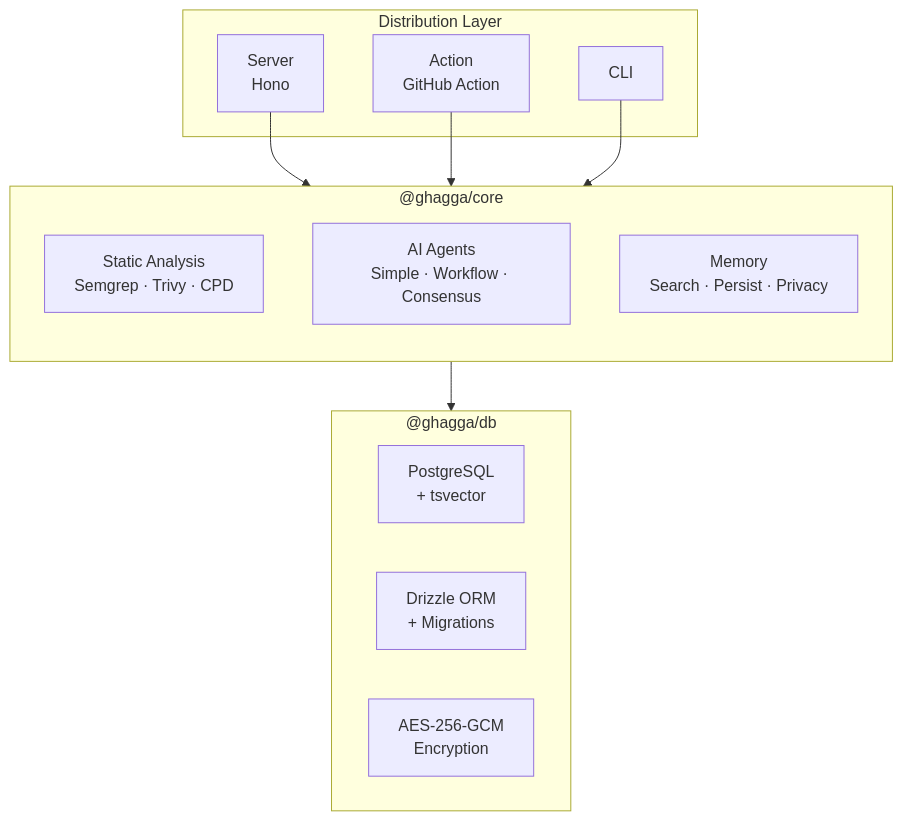
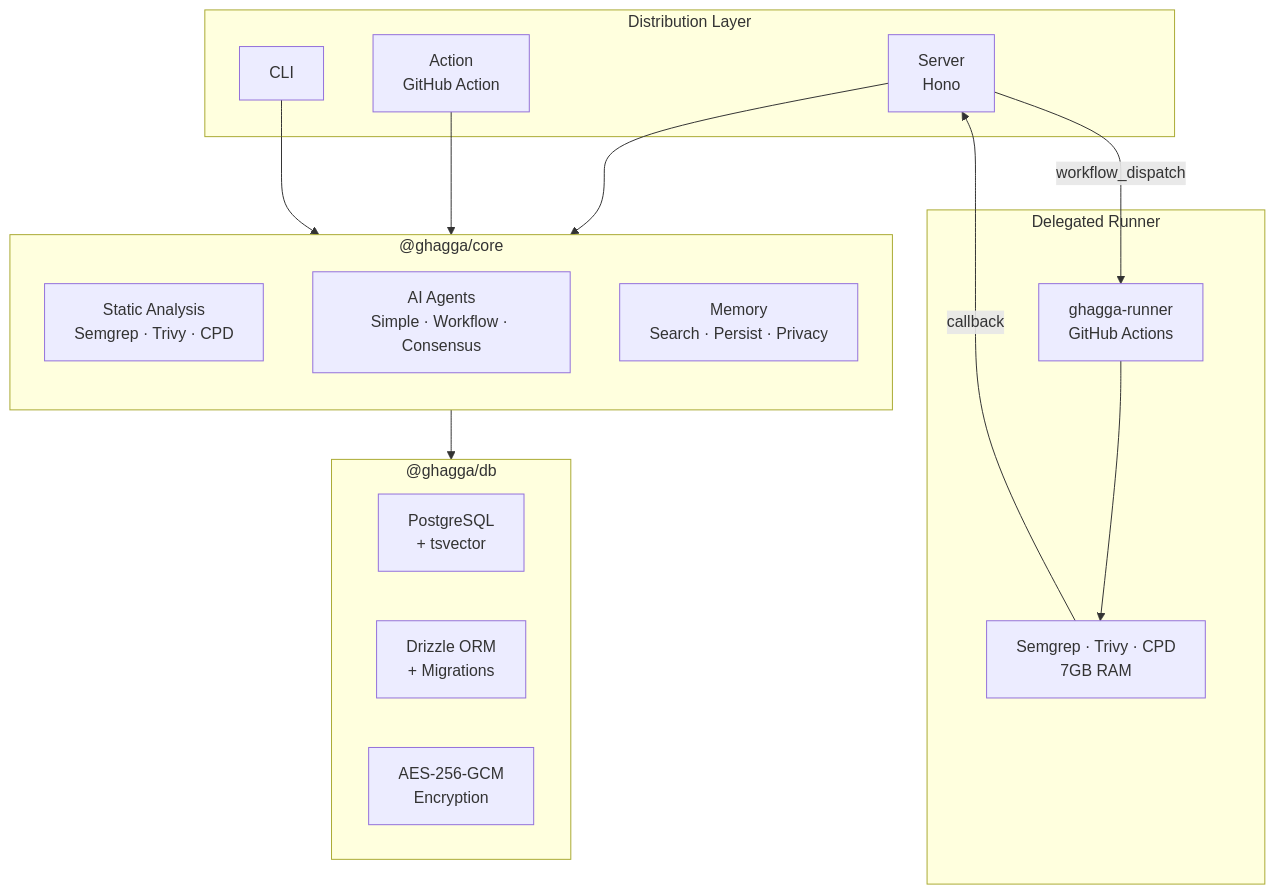
One commit to actions-marketplace-validations/JNZader_ghagga changed the first of 2 diagrams in docs/architecture.md. Above: the diagram before and after it, drawn with Mermaid. The commit also changed other lines of this file and 15 other files, not shown here.

First line of the commit message:
docs: update all documentation for runner architecture and fix stale stats

````diff
--- a/docs/architecture.md
+++ b/docs/architecture.md
@@ -7,26 +7,35 @@
 ```mermaid
 graph TB
   subgraph Distribution["Distribution Layer"]
     Server["Server<br/>Hono"]
     Action["Action<br/>GitHub Action"]
     CLI["CLI"]
+  end
+
+  subgraph Runner["Delegated Runner"]
+    RunnerRepo["ghagga-runner<br/>GitHub Actions"]
+    RunnerTools["Semgrep · Trivy · CPD<br/>7GB RAM"]
   end
 
   subgraph Core["@ghagga/core"]
     direction TB
     SA["Static Analysis<br/>Semgrep · Trivy · CPD"]
     Agents["AI Agents<br/>Simple · Workflow · Consensus"]
     Memory["Memory<br/>Search · Persist · Privacy"]
   end
 
   subgraph DB["@ghagga/db"]
     PG["PostgreSQL<br/>+ tsvector"]
     Drizzle["Drizzle ORM<br/>+ Migrations"]
     Crypto["AES-256-GCM<br/>Encryption"]
   end
 
+  Server -- "workflow_dispatch" --> RunnerRepo
+  RunnerRepo --> RunnerTools
+  RunnerTools -- "callback" --> Server
+
   Server --> Core
   Action --> Core
   CLI --> Core
   Core --> DB
 ```
````
